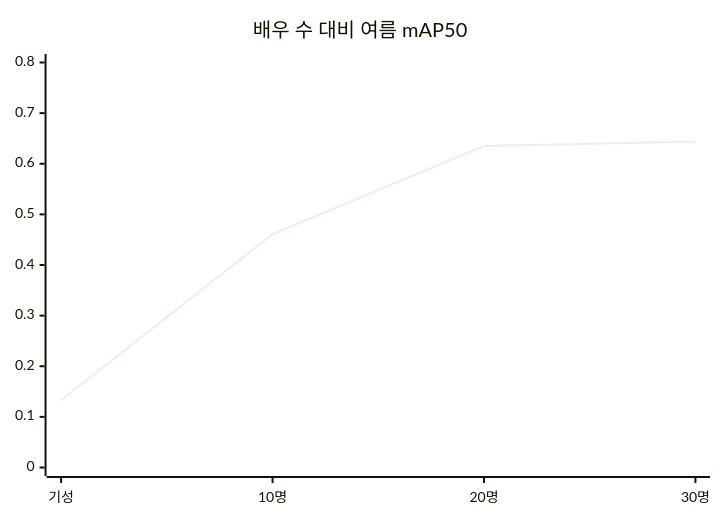
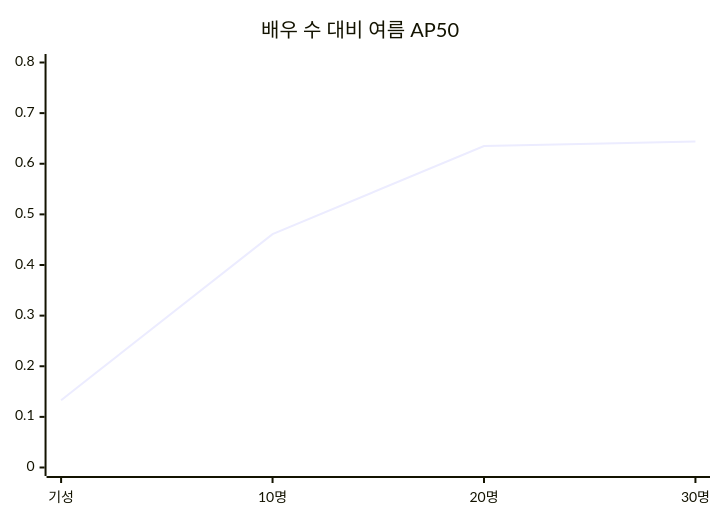
The diagram in obsidian/04 실험/탐지 1 - NOMAD 배우 확장.md (tim9985/Capstone), drawn with Mermaid before and after one commit. The commit also changed other lines of this file and 15 other files, not shown here.

````diff
--- a/obsidian/04 실험/탐지 1 - NOMAD 배우 확장.md
+++ b/obsidian/04 실험/탐지 1 - NOMAD 배우 확장.md
@@ -19,7 +19,7 @@
 ```mermaid
 xychart-beta
-    title "배우 수 대비 여름 mAP50"
+    title "배우 수 대비 여름 AP50"
     x-axis ["기성", "10명", "20명", "30명"]
     y-axis 0 --> 0.8
     line [0.133, 0.461, 0.635, 0.644]
 ```
````
